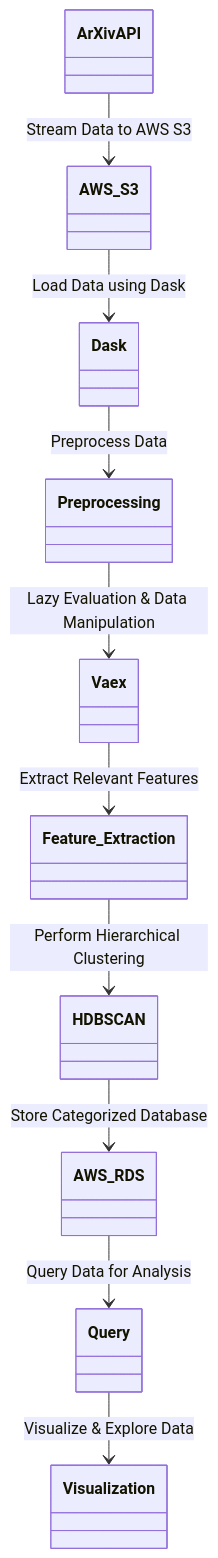
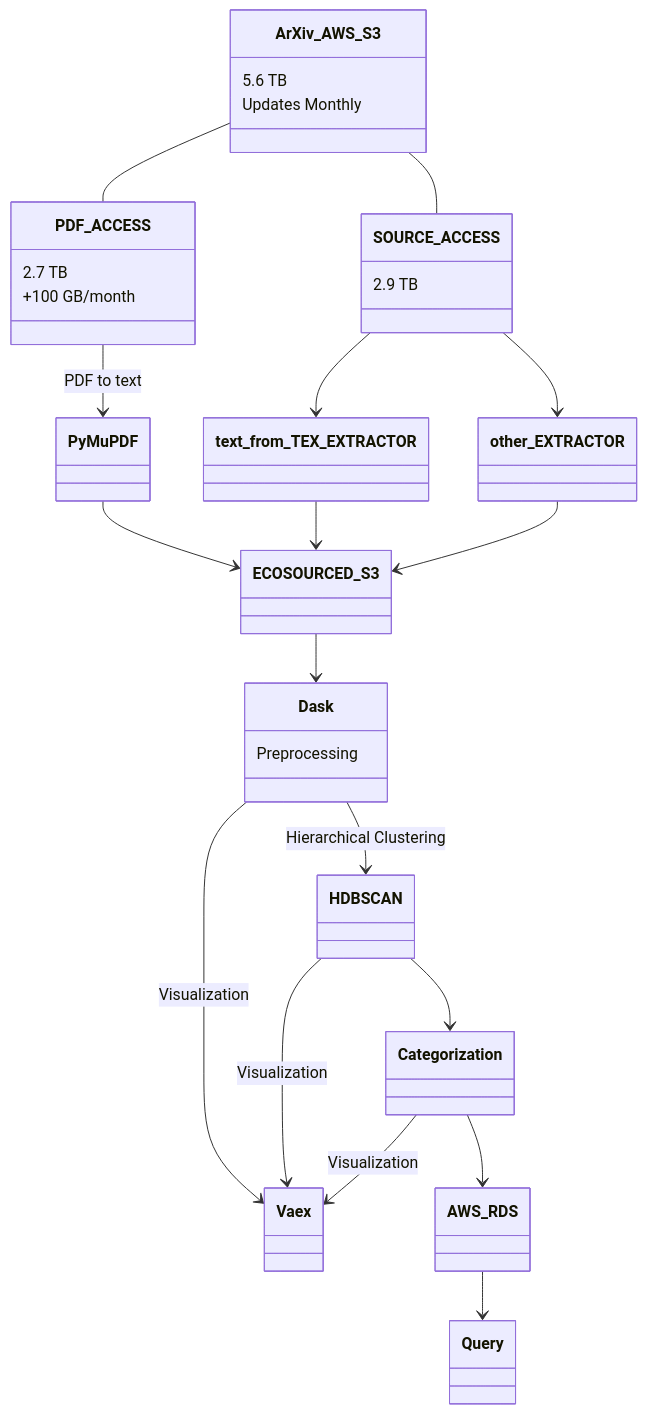
The diagram in README.md (branisk/Eco-Sourced), drawn with Mermaid before and after one commit. The commit also changed other lines of this file, not shown here.

````diff
--- a/README.md
+++ b/README.md
@@ -14,22 +25,34 @@
 ```mermaid
+
 classDiagram
-    participant ArXivAPI
-    participant AWS_S3
-    participant AWS_RDS
-    participant Dask
-    participant Vaex
-    participant Preprocessing
-    participant Feature_Extraction
-    participant HDBSCAN
-    participant Query
-    participant Visualization
-    ArXivAPI --> AWS_S3: Stream Data to AWS S3
-    AWS_S3 --> Dask: Load Data using Dask
-    Dask --> Preprocessing: Preprocess Data
-    Preprocessing --> Vaex: Lazy Evaluation & Data Manipulation
-    Vaex --> Feature_Extraction: Extract Relevant Features
-    Feature_Extraction --> HDBSCAN: Perform Hierarchical Clustering
-    HDBSCAN --> AWS_RDS: Store Categorized Database
-    AWS_RDS --> Query: Query Data for Analysis
-    Query --> Visualization: Visualize & Explore Data
+    class ArXiv_AWS_S3 {
+        5.6 TB
+        Updates Monthly
+    }
+    class PDF_ACCESS {
+        2.7 TB
+        +100 GB/month
+    }
+    class SOURCE_ACCESS {
+        2.9 TB
+    }
+    class Dask {
+        Preprocessing
+    }
+    ArXiv_AWS_S3 -- PDF_ACCESS
+    ArXiv_AWS_S3 -- SOURCE_ACCESS
+    PDF_ACCESS --> PyMuPDF: PDF to text
+    SOURCE_ACCESS --> text_from_TEX_EXTRACTOR
+    SOURCE_ACCESS --> other_EXTRACTOR
+    text_from_TEX_EXTRACTOR --> ECOSOURCED_S3
+    PyMuPDF --> ECOSOURCED_S3
+    other_EXTRACTOR --> ECOSOURCED_S3
+    ECOSOURCED_S3 --> Dask
+    Dask --> Vaex: Visualization
+    Dask --> HDBSCAN: Hierarchical Clustering
+    HDBSCAN --> Vaex: Visualization
+    HDBSCAN --> Categorization
+    Categorization --> Vaex: Visualization
+    Categorization --> AWS_RDS
+    AWS_RDS --> Query
 ```
````
